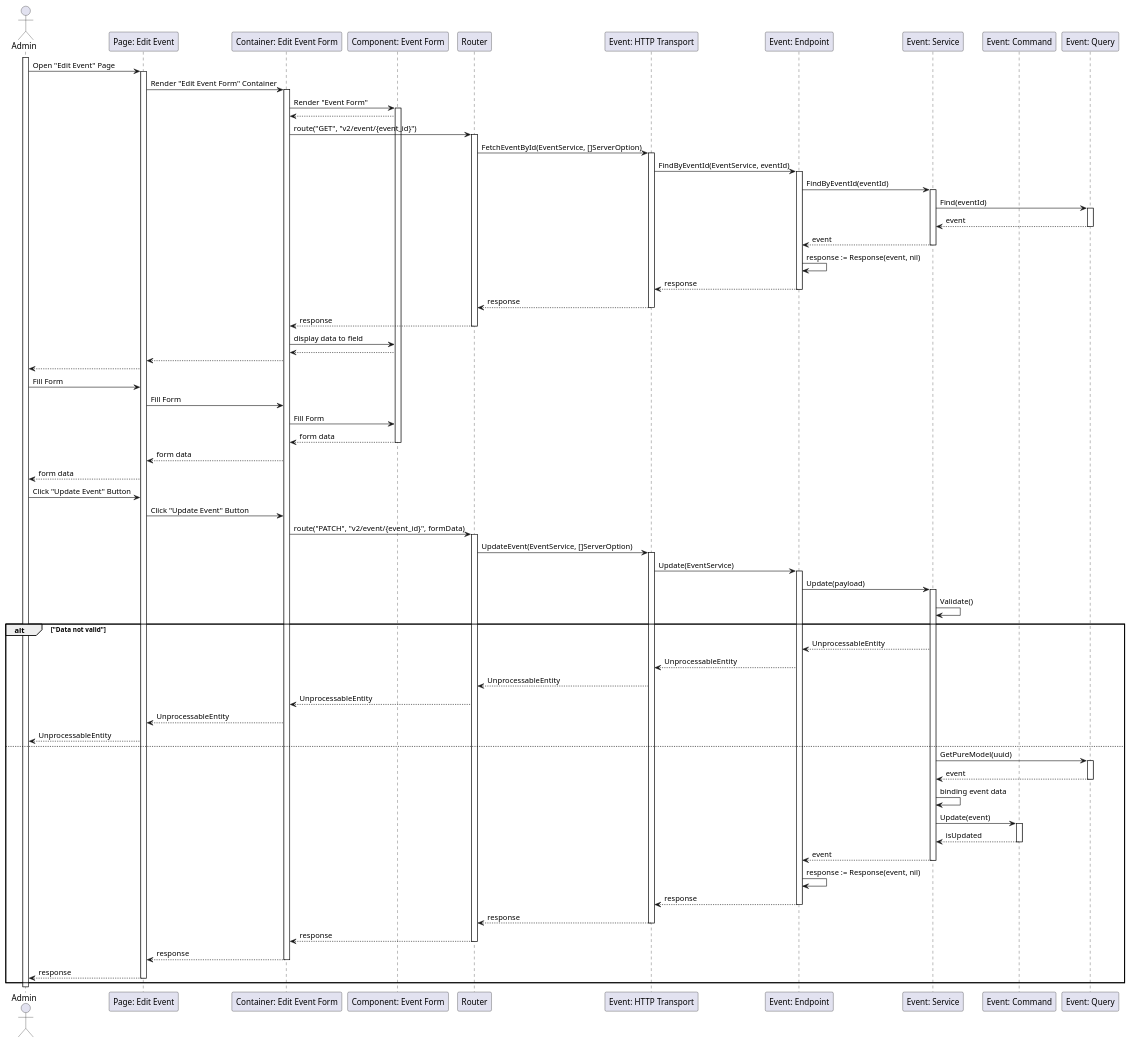
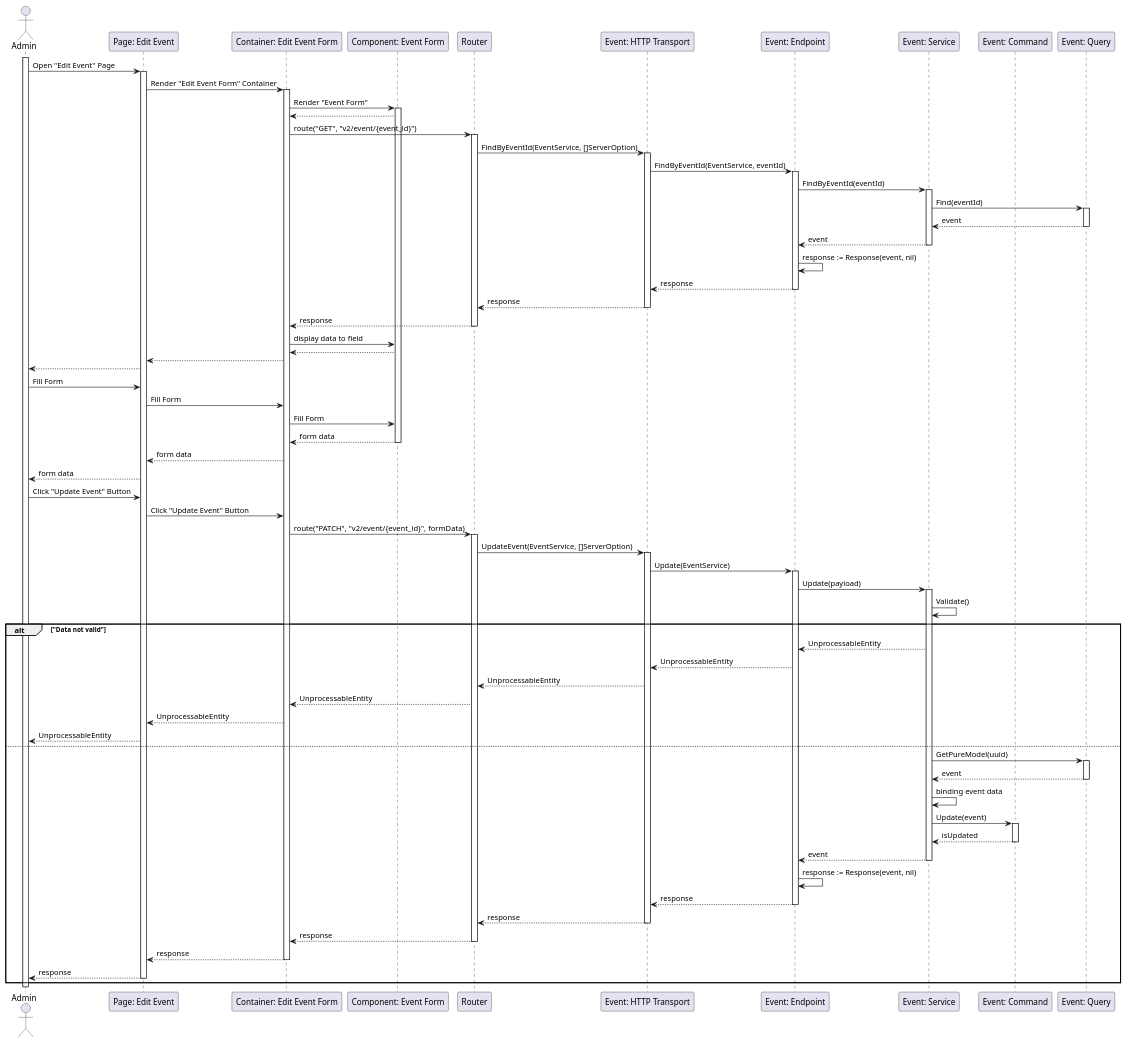
Before and after one commit to fwidjaya20/fazzlearning-uml: the diagram in Sequence/Release01/UpdateEvent.wsd, drawn with PlantUML. The commit also changed 1 other file, not shown here.

Commit message:
sequence: adding get obj before change form data

```diff
--- a/Sequence/Release01/UpdateEvent.wsd
+++ b/Sequence/Release01/UpdateEvent.wsd
@@ -1,103 +1,103 @@
 @startuml UpdateEvent
 
 actor Admin
 participant "Page: Edit Event" as EditEventPage
 participant "Container: Edit Event Form" as EditEventFormContainer
 participant "Component: Event Form" as EventForm
 participant "Router" as Router
 participant "Event: HTTP Transport" as EventHTTPTransport
 participant "Event: Endpoint" as EventEndpoint
 participant "Event: Service" as EventService
 participant "Event: Command" as EventCommand
 participant "Event: Query" as EventQuery
 
 activate Admin
 
 Admin->EditEventPage: Open "Edit Event" Page
 activate EditEventPage
 EditEventPage->EditEventFormContainer: Render "Edit Event Form" Container
 activate EditEventFormContainer
 EditEventFormContainer->EventForm: Render "Event Form"
 activate EventForm
 EventForm-->EditEventFormContainer
 EditEventFormContainer->Router: route("GET", "v2/event/{event_id}")
 activate Router
-Router->EventHTTPTransport: FetchEventById(EventService, []ServerOption)
+Router->EventHTTPTransport: FindByEventId(EventService, []ServerOption)
 activate EventHTTPTransport
 EventHTTPTransport->EventEndpoint: FindByEventId(EventService, eventId)
 activate EventEndpoint
 EventEndpoint->EventService: FindByEventId(eventId)
 activate EventService
 EventService->EventQuery: Find(eventId)
 activate EventQuery
 EventQuery-->EventService: event
 deactivate EventQuery
 EventService-->EventEndpoint: event
 deactivate EventService
 EventEndpoint->EventEndpoint: response := Response(event, nil)
 EventEndpoint-->EventHTTPTransport: response
 deactivate EventEndpoint
 EventHTTPTransport-->Router: response
 deactivate EventHTTPTransport
 Router-->EditEventFormContainer: response
 deactivate Router
 EditEventFormContainer->EventForm: display data to field
 EventForm-->EditEventFormContainer
 EditEventFormContainer-->EditEventPage
 EditEventPage-->Admin
 
 Admin->EditEventPage: Fill Form
 EditEventPage->EditEventFormContainer: Fill Form
 EditEventFormContainer->EventForm: Fill Form
 EventForm-->EditEventFormContainer: form data
 deactivate EventForm
 EditEventFormContainer-->EditEventPage: form data
 EditEventPage-->Admin: form data
 
 Admin->EditEventPage: Click "Update Event" Button
 EditEventPage->EditEventFormContainer: Click "Update Event" Button
 EditEventFormContainer->Router: route("PATCH", "v2/event/{event_id}", formData)
 activate Router
 Router->EventHTTPTransport: UpdateEvent(EventService, []ServerOption)
 activate EventHTTPTransport
 EventHTTPTransport->EventEndpoint: Update(EventService)
 activate EventEndpoint
 EventEndpoint->EventService: Update(payload)
 activate EventService
 EventService->EventService: Validate()
 
 alt "Data not valid"
     EventService-->EventEndpoint: UnprocessableEntity
     EventEndpoint-->EventHTTPTransport: UnprocessableEntity
     EventHTTPTransport-->Router: UnprocessableEntity
     Router-->EditEventFormContainer: UnprocessableEntity
     EditEventFormContainer-->EditEventPage: UnprocessableEntity
     EditEventPage-->Admin: UnprocessableEntity
 else
     EventService->EventQuery: GetPureModel(uuid)
     activate EventQuery
     EventQuery-->EventService: event
     deactivate EventQuery
     EventService->EventService: binding event data
     EventService->EventCommand: Update(event)
     activate EventCommand
     EventCommand-->EventService: isUpdated
     deactivate EventCommand
     EventService-->EventEndpoint: event
     deactivate EventService
     EventEndpoint->EventEndpoint: response := Response(event, nil)
     EventEndpoint-->EventHTTPTransport: response
     deactivate EventEndpoint
     EventHTTPTransport-->Router: response
     deactivate EventHTTPTransport
     Router-->EditEventFormContainer: response
     deactivate Router
     EditEventFormContainer-->EditEventPage: response
     deactivate EditEventFormContainer
     EditEventPage-->Admin: response
     deactivate EditEventPage
 end
 
 deactivate Admin
 
 @enduml
```
